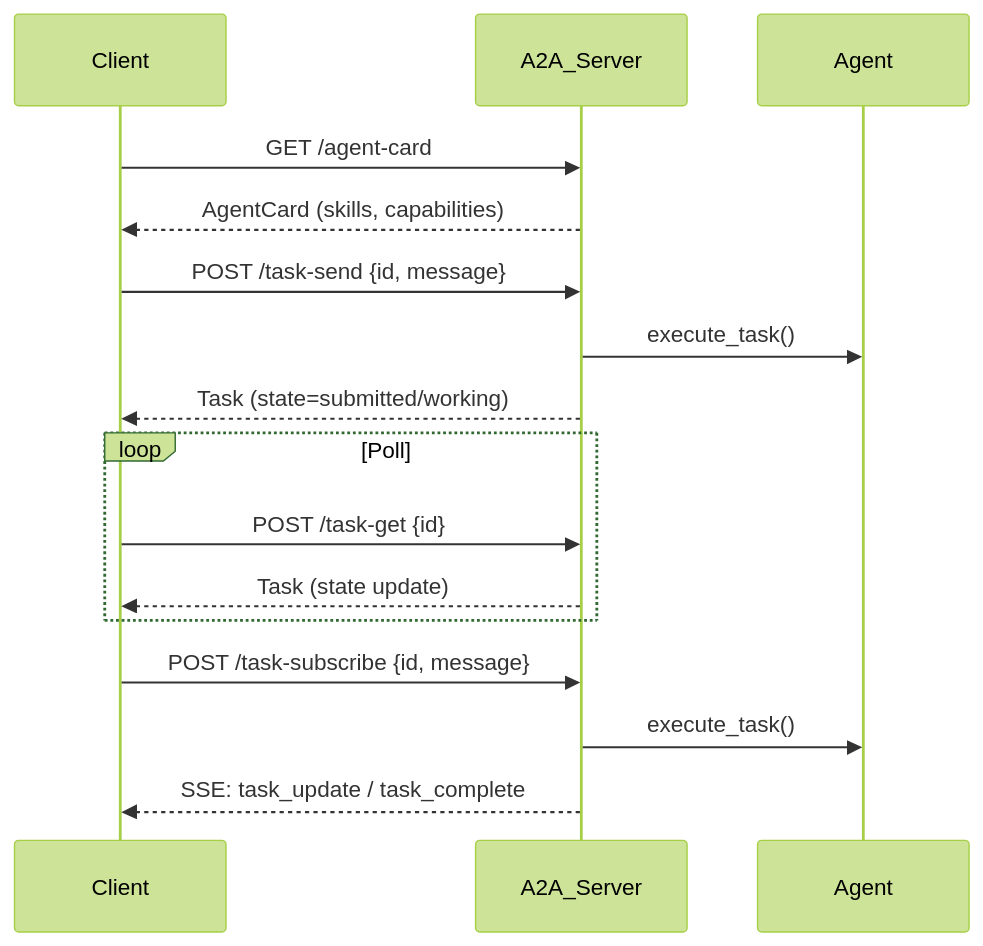
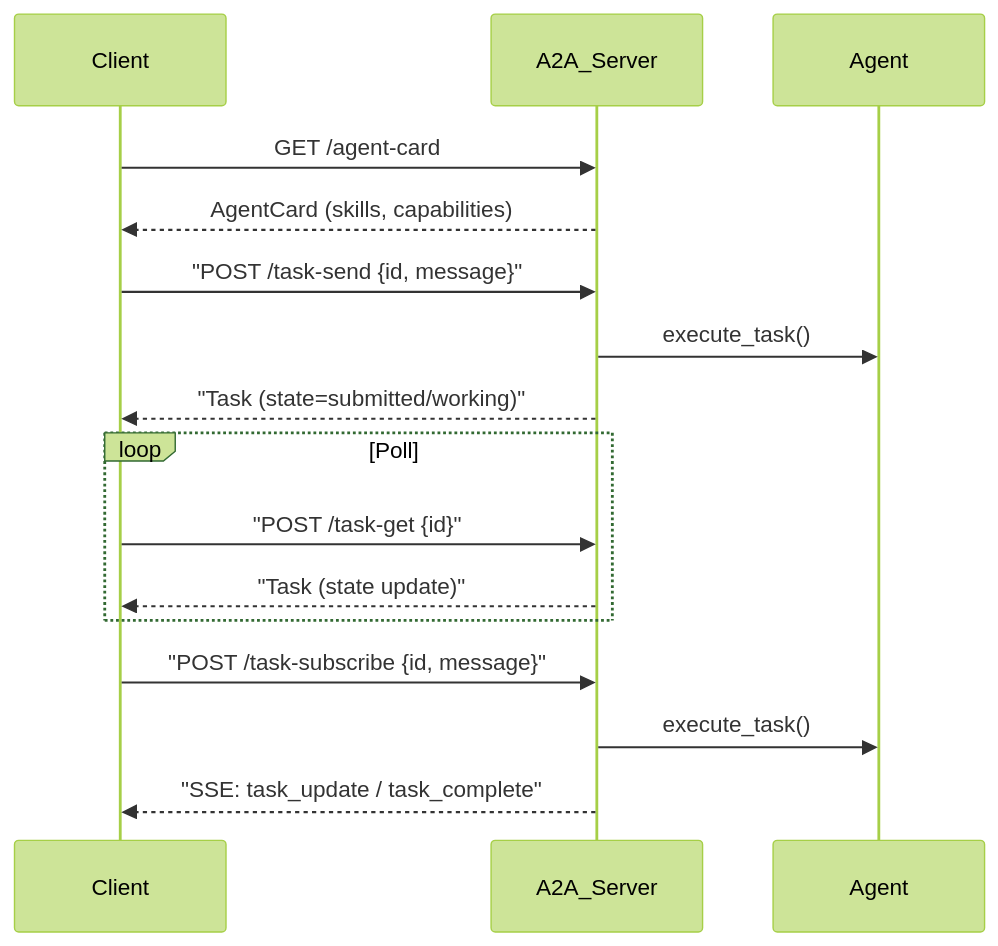
One commit to carlos07281988/ChainForge changed the diagram in README.md. Above: the diagram before and after it, drawn with Mermaid (forest theme). The commit also changed 1 other file, not shown here.

Commit message:
fix: quote Mermaid labels with special chars to fix GitHub rendering
- README.md: wrap curly-brace/colon labels in double quotes so
  GitHub's Mermaid parser doesn't interpret {id, message} etc. as
  directive syntax
- README.zh.md: add matching Architecture sequence diagram to the
  A2A section (was missing entirely)

````diff
--- a/README.md
+++ b/README.md
@@ -1718,22 +1718,22 @@
 ```mermaid
 sequenceDiagram
     participant Client
     participant A2A_Server
     participant Agent
     
     Client->>A2A_Server: GET /agent-card
     A2A_Server-->>Client: AgentCard (skills, capabilities)
     
-    Client->>A2A_Server: POST /task-send {id, message}
+    Client->>A2A_Server: "POST /task-send {id, message}"
     A2A_Server->>Agent: execute_task()
-    A2A_Server-->>Client: Task (state=submitted/working)
+    A2A_Server-->>Client: "Task (state=submitted/working)"
     
     loop Poll
-        Client->>A2A_Server: POST /task-get {id}
-        A2A_Server-->>Client: Task (state update)
+        Client->>A2A_Server: "POST /task-get {id}"
+        A2A_Server-->>Client: "Task (state update)"
     end
     
-    Client->>A2A_Server: POST /task-subscribe {id, message}
+    Client->>A2A_Server: "POST /task-subscribe {id, message}"
     A2A_Server->>Agent: execute_task()
-    A2A_Server-->>Client: SSE: task_update / task_complete
+    A2A_Server-->>Client: "SSE: task_update / task_complete"
 ```
````
